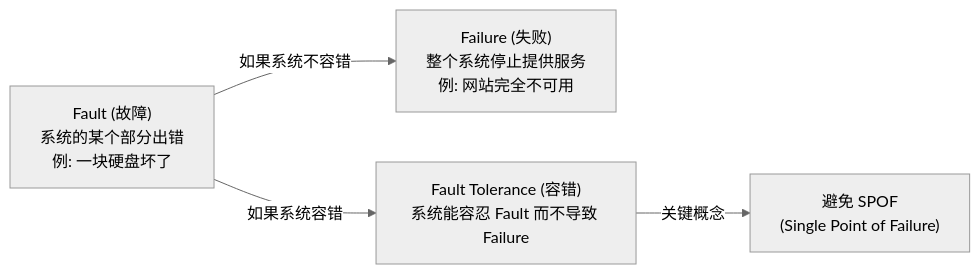
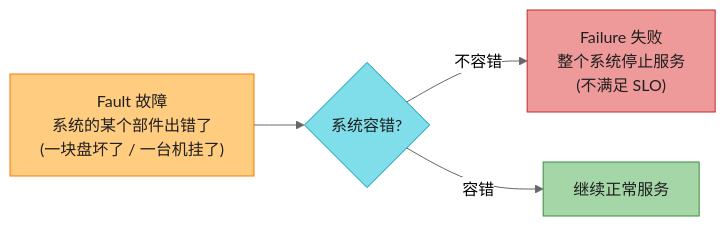
Before and after one commit to socoo123/ddia_2nd: the tenth of 18 diagrams in ch02-定义非功能性需求.md, drawn with Mermaid (neutral theme). The commit also changed other lines of this file and 8 other files, not shown here.

First line of the commit message:
重写 ch01-ch09 读书笔记：风格统一 + 内容扩充 + 大量图表

````diff
--- a/ch02-定义非功能性需求.md
+++ b/ch02-定义非功能性需求.md
@@ -320,10 +492,16 @@
 ```mermaid
-graph LR
-    FAULT["Fault (故障)<br/>系统的某个部分出错<br/>例: 一块硬盘坏了"]
-    FAILURE["Failure (失败)<br/>整个系统停止提供服务<br/>例: 网站完全不可用"]
-    FT["Fault Tolerance (容错)<br/>系统能容忍 Fault 而不导致 Failure"]
+flowchart LR
+    FAULT["Fault 故障<br/>系统的某个部件出错了<br/>(一块盘坏了 / 一台机挂了)"]
+    FT{"系统容错?"}
+    FAILURE["Failure 失败<br/>整个系统停止服务<br/>(不满足 SLO)"]
+    OK["继续正常服务"]
 
-    FAULT -->|"如果系统不容错"| FAILURE
-    FAULT -->|"如果系统容错"| FT
-    FT -->|"关键概念"| SPOF["避免 SPOF<br/>(Single Point of Failure)"]
+    FAULT --> FT
+    FT -->|"不容错"| FAILURE
+    FT -->|"容错"| OK
+
+    style FAULT fill:#FFCC80,stroke:#F57C00,color:#1f1f1f
+    style FT fill:#80DEEA,stroke:#0097A7,color:#1f1f1f
+    style FAILURE fill:#EF9A9A,stroke:#C62828,color:#1f1f1f
+    style OK fill:#A5D6A7,stroke:#388E3C,color:#1f1f1f
 ```
````
